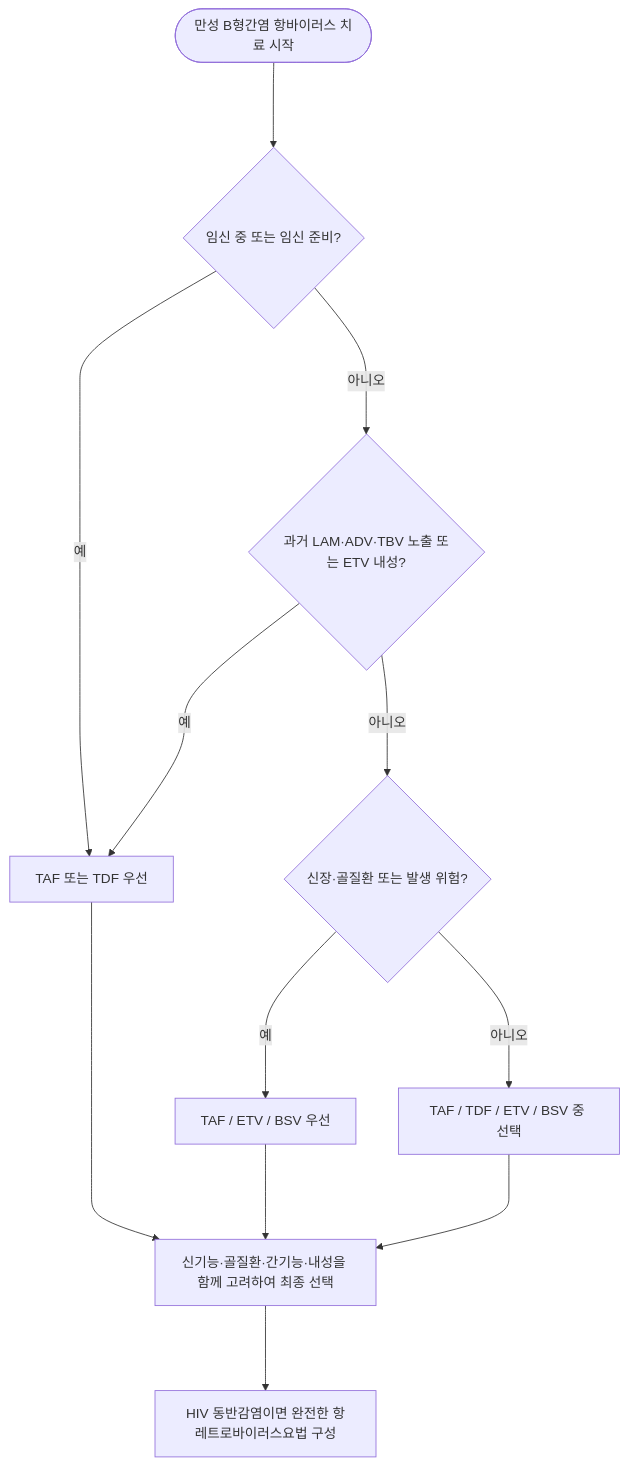
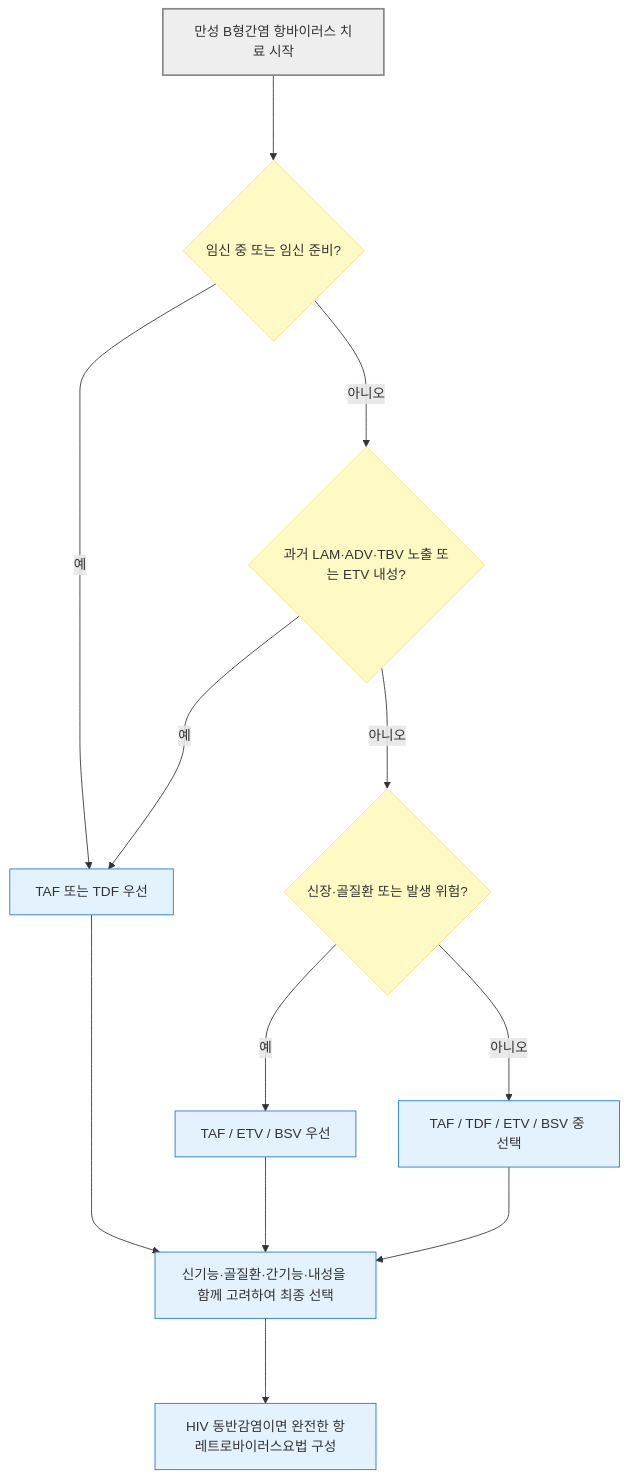
Before and after one commit to familyoh77/familyoh77: the first of 4 diagrams in 224_/091_hbv-infection.md, drawn with Mermaid. The commit also changed other lines of this file and 8 other files, not shown here.

````diff
--- a/224_/091_hbv-infection.md
+++ b/224_/091_hbv-infection.md
@@ -263,14 +265,20 @@
 ```mermaid
 flowchart TD
-    A(["만성 B형간염 항바이러스 치료 시작"]) ---> B{"임신 중 또는 임신 준비?"}
+    A["만성 B형간염 항바이러스 치료 시작"] ---> B{"임신 중 또는 임신 준비?"}
     B -- 예 ---> C["TAF 또는 TDF 우선"]
     B -- 아니오 ---> D{"과거 LAM·ADV·TBV 노출 또는 ETV 내성?"}
     D -- 예 ---> C
     D -- 아니오 ---> E{"신장·골질환 또는 발생 위험?"}
     E -- 예 ---> F["TAF / ETV / BSV 우선"]
     E -- 아니오 ---> G["TAF / TDF / ETV / BSV 중 선택"]
     C ---> H["신기능·골질환·간기능·내성을 함께 고려하여 최종 선택"]
     F ---> H
     G ---> H
     H ---> I["HIV 동반감염이면 완전한 항레트로바이러스요법 구성"]
+    classDef question fill:#fff9c4,stroke:#ffe082
+    classDef treatment fill:#e3f2fd,stroke:#1976d2
+    classDef emergency fill:#ffdddd,stroke:#d32f2f,stroke-width:2px
+    class B,D,E question
+    class C,F,G,H,I treatment
+    style A fill:#eeeeee,stroke:#888888,stroke-width:2px
 ```
````
